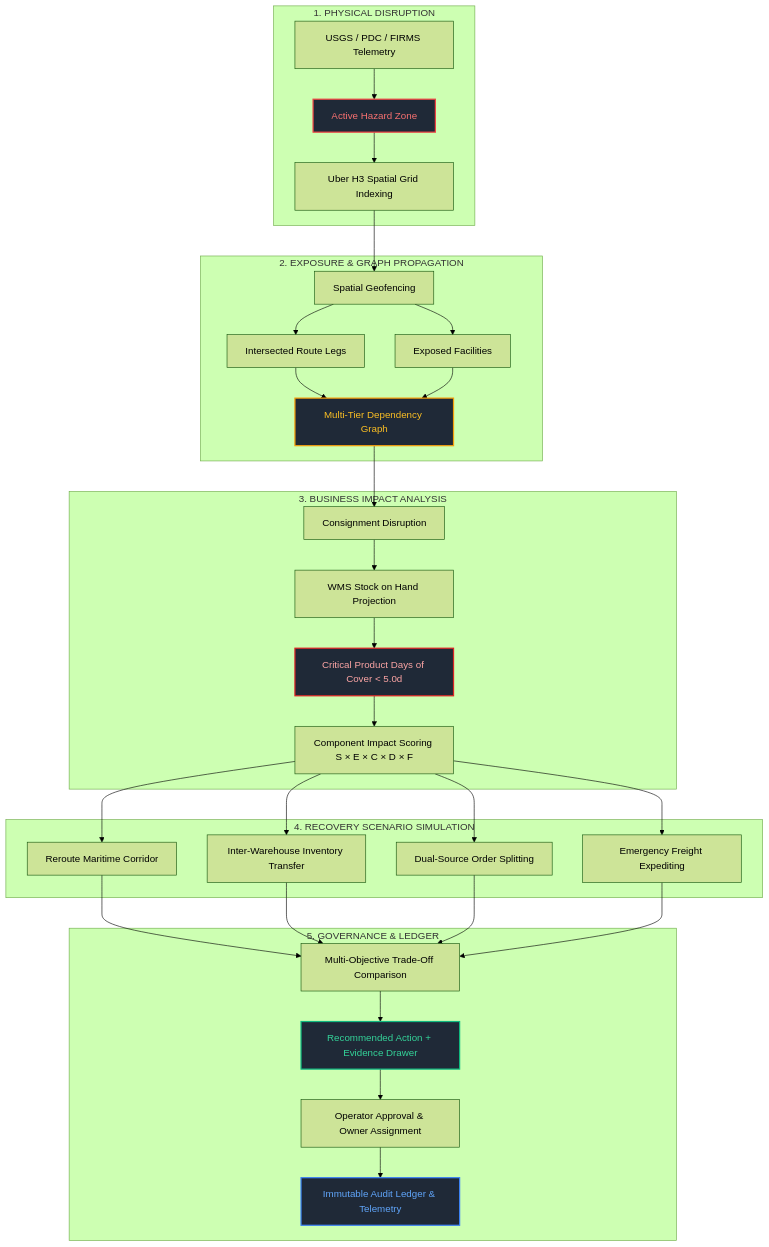
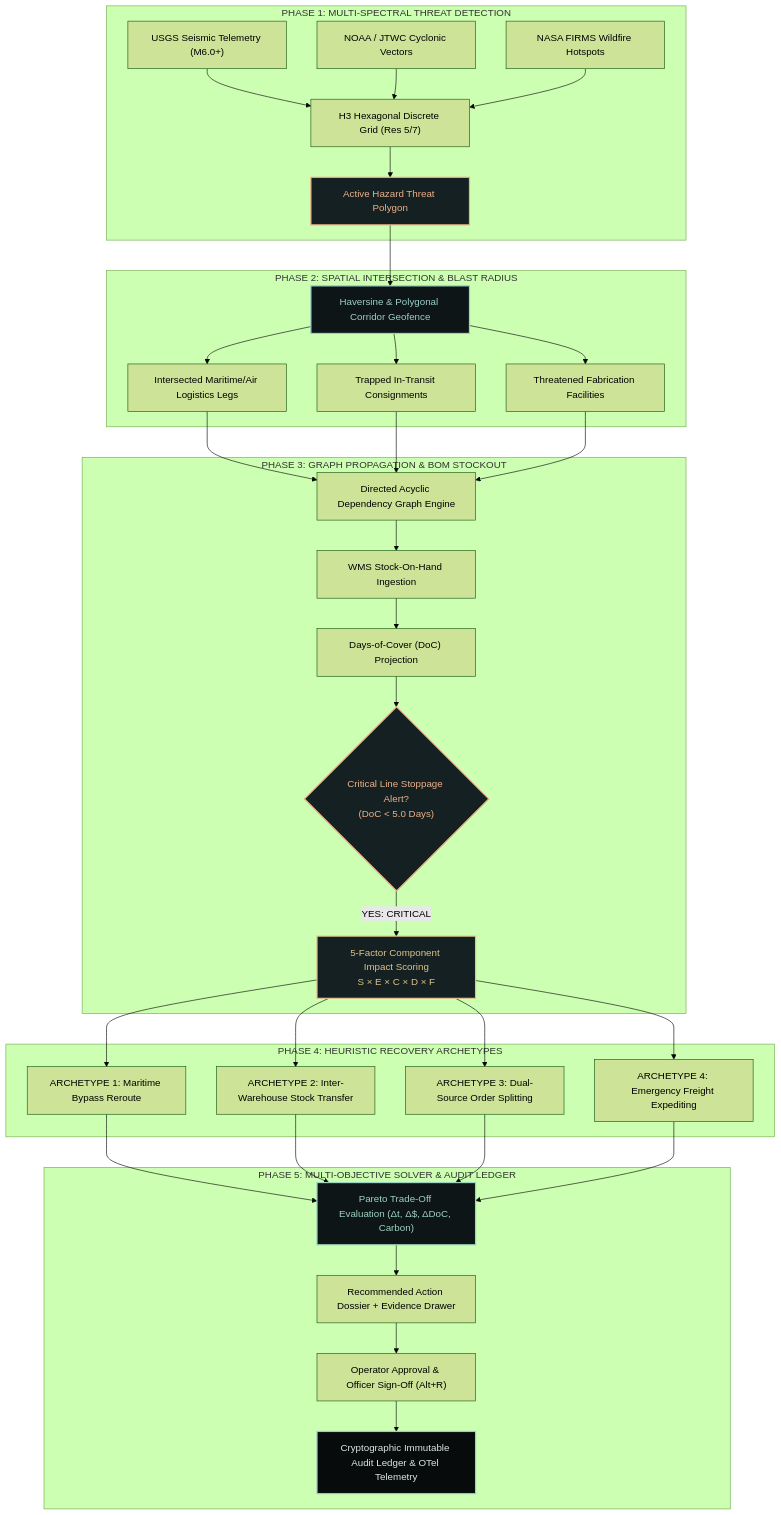
The first of 3 diagrams in README.md (SATTWIK-DEBNATH/HACKFEST), drawn with Mermaid (forest theme) before and after one commit. The commit also changed other lines of this file, not shown here.

````diff
--- a/README.md
+++ b/README.md
@@ -30,42 +120,45 @@
 ```mermaid
 graph TD
-    subgraph S1["1. PHYSICAL DISRUPTION"]
-        A1["USGS / PDC / FIRMS Telemetry"] --> A2["Active Hazard Zone"]
-        A2 --> A3["Uber H3 Spatial Grid Indexing"]
+    subgraph S1["PHASE 1: MULTI-SPECTRAL THREAT DETECTION"]
+        A1["USGS Seismic Telemetry (M6.0+)"] --> A4["H3 Hexagonal Discrete Grid (Res 5/7)"]
+        A2["NOAA / JTWC Cyclonic Vectors"] --> A4
+        A3["NASA FIRMS Wildfire Hotspots"] --> A4
+        A4 --> A5["Active Hazard Threat Polygon"]
     end
 
-    subgraph S2["2. EXPOSURE & GRAPH PROPAGATION"]
-        A3 --> B1["Spatial Geofencing"]
-        B1 --> B2["Intersected Route Legs"]
-        B1 --> B3["Exposed Facilities"]
-        B2 --> B4["Multi-Tier Dependency Graph"]
-        B3 --> B4
+    subgraph S2["PHASE 2: SPATIAL INTERSECTION & BLAST RADIUS"]
+        A5 --> B1["Haversine & Polygonal Corridor Geofence"]
+        B1 --> B2["Intersected Maritime/Air Logistics Legs"]
+        B1 --> B3["Trapped In-Transit Consignments"]
+        B1 --> B4["Threatened Fabrication Facilities"]
     end
 
-    subgraph S3["3. BUSINESS IMPACT ANALYSIS"]
-        B4 --> C1["Consignment Disruption"]
-        C1 --> C2["WMS Stock on Hand Projection"]
-        C2 --> C3["Critical Product Days of Cover < 5.0d"]
-        C3 --> C4["Component Impact Scoring S × E × C × D × F"]
+    subgraph S3["PHASE 3: GRAPH PROPAGATION & BOM STOCKOUT"]
+        B2 & B3 & B4 --> C1["Directed Acyclic Dependency Graph Engine"]
+        C1 --> C2["WMS Stock-On-Hand Ingestion"]
+        C2 --> C3["Days-of-Cover (DoC) Projection"]
+        C3 --> C4{"Critical Line Stoppage Alert?<br/>(DoC < 5.0 Days)"}
+        C4 -->|YES: CRITICAL| C5["5-Factor Component Impact Scoring<br/>S × E × C × D × F"]
     end
 
-    subgraph S4["4. RECOVERY SCENARIO SIMULATION"]
-        C4 --> D1["Reroute Maritime Corridor"]
-        C4 --> D2["Inter-Warehouse Inventory Transfer"]
-        C4 --> D3["Dual-Source Order Splitting"]
-        C4 --> D4["Emergency Freight Expediting"]
+    subgraph S4["PHASE 4: HEURISTIC RECOVERY ARCHETYPES"]
+        C5 --> D1["ARCHETYPE 1: Maritime Bypass Reroute"]
+        C5 --> D2["ARCHETYPE 2: Inter-Warehouse Stock Transfer"]
+        C5 --> D3["ARCHETYPE 3: Dual-Source Order Splitting"]
+        C5 --> D4["ARCHETYPE 4: Emergency Freight Expediting"]
     end
 
-    subgraph S5["5. GOVERNANCE & LEDGER"]
-        D1 & D2 & D3 & D4 --> E1["Multi-Objective Trade-Off Comparison"]
-        E1 --> E2["Recommended Action + Evidence Drawer"]
-        E2 --> E3["Operator Approval & Owner Assignment"]
-        E3 --> E4["Immutable Audit Ledger & Telemetry"]
+    subgraph S5["PHASE 5: MULTI-OBJECTIVE SOLVER & AUDIT LEDGER"]
+        D1 & D2 & D3 & D4 --> E1["Pareto Trade-Off Evaluation (Δt, Δ$, ΔDoC, Carbon)"]
+        E1 --> E2["Recommended Action Dossier + Evidence Drawer"]
+        E2 --> E3["Operator Approval & Officer Sign-Off (Alt+R)"]
+        E3 --> E4["Cryptographic Immutable Audit Ledger & OTel Telemetry"]
     end
 
-    style A2 fill:#1f2937,stroke:#ef4444,stroke-width:2px,color:#f87171
-    style B4 fill:#1f2937,stroke:#f59e0b,stroke-width:2px,color:#fbbf24
-    style C3 fill:#1f2937,stroke:#dc2626,stroke-width:2px,color:#fca5a5
-    style E2 fill:#1f2937,stroke:#10b981,stroke-width:2px,color:#34d399
-    style E4 fill:#1f2937,stroke:#3b82f6,stroke-width:2px,color:#60a5fa
+    style A5 fill:#142021,stroke:#EDB08A,stroke-width:2px,color:#EDB08A
+    style B1 fill:#0D1516,stroke:#9CCFCA,stroke-width:2px,color:#9CCFCA
+    style C4 fill:#142021,stroke:#EDB08A,stroke-width:2px,color:#EDB08A
+    style C5 fill:#142021,stroke:#DEC38C,stroke-width:2px,color:#DEC38C
+    style E1 fill:#0D1516,stroke:#9ED3BF,stroke-width:2px,color:#9ED3BF
+    style E4 fill:#070B0C,stroke:#9CCFCA,stroke-width:2px,color:#DDE6E5
 ```
````
